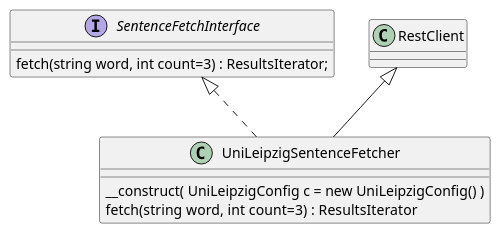
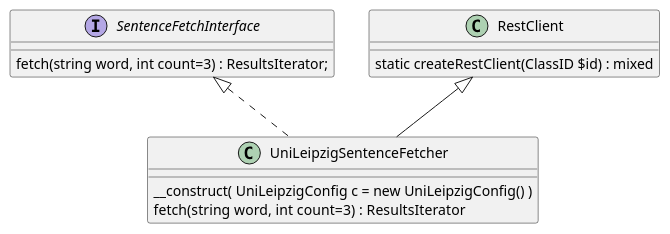
The diagram in plantuml/sentence-fetcher.puml (kurt-krueckeberg/php-translation-and-dictionary-rest-api-classes), drawn with PlantUML before and after one commit. The commit also changed 3 other files, not shown here.

```diff
--- a/plantuml/sentence-fetcher.puml
+++ b/plantuml/sentence-fetcher.puml
@@ -1,11 +1,16 @@
 interface SentenceFetchInterface  { 
 
    fetch(string word, int count=3) : ResultsIterator;
+}
+
+class RestClient {
+
+   static createRestClient(ClassID $id) : mixed
 }
 
 class UniLeipzigSentenceFetcher extends RestClient implements SentenceFetchInterface {
 
    __construct( UniLeipzigConfig c = new UniLeipzigConfig() )
    
    fetch(string word, int count=3) :  ResultsIterator
 }
```
